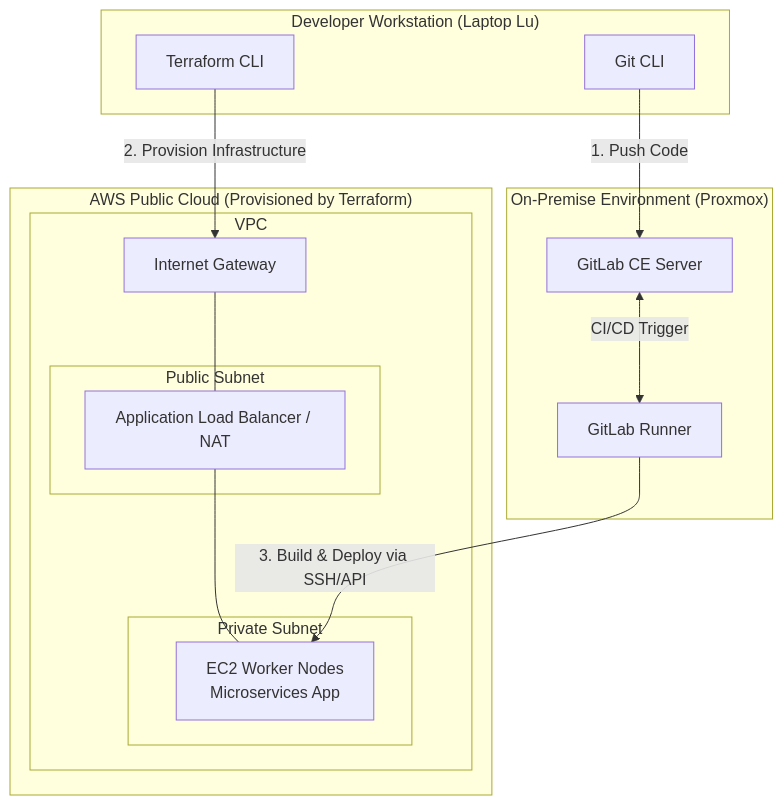
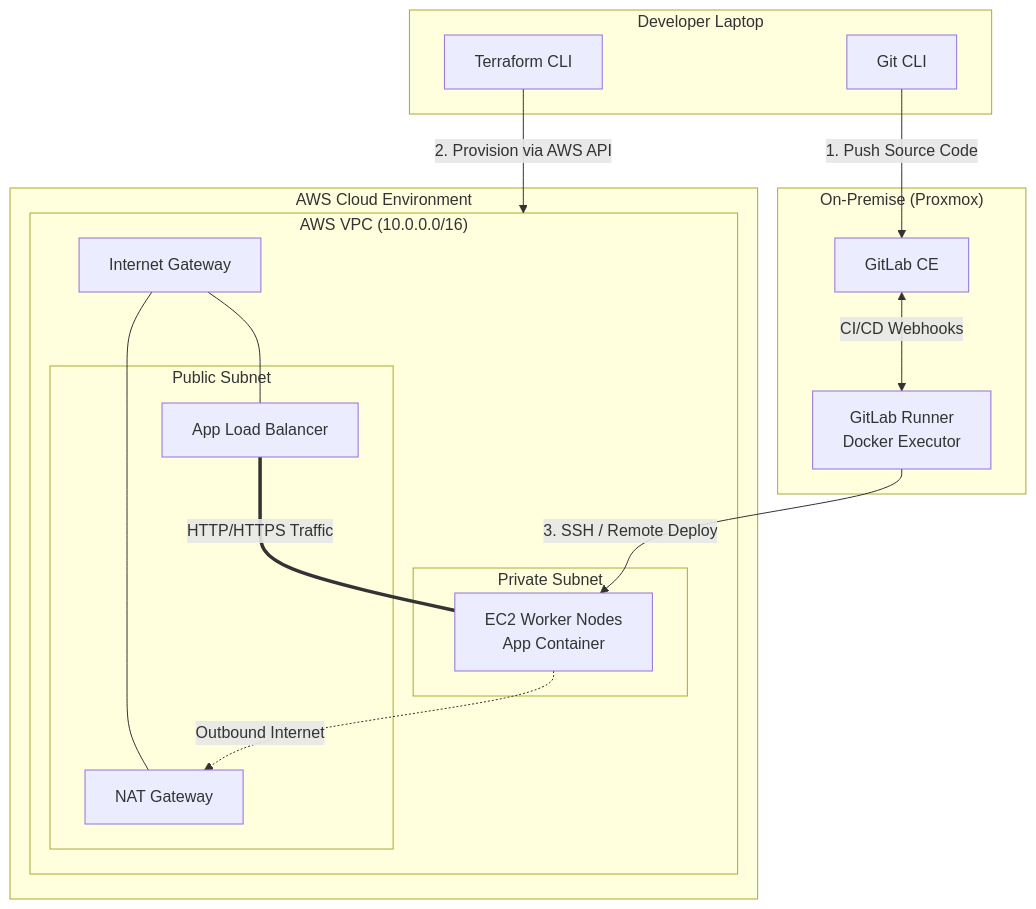
Before and after one commit to ades012/hybrid-cloud-infra: the diagram in README.md, drawn with Mermaid.

Commit message:
add diagram arc

````diff
--- a/README.md
+++ b/README.md
@@ -10,36 +10,38 @@
 ```mermaid
 graph TD
-    subgraph "Developer Workstation (Laptop Lu)"
+    subgraph Laptop ["Developer Laptop"]
         TF[Terraform CLI]
         GIT[Git CLI]
     end
 
-    subgraph "On-Premise Environment (Proxmox)"
-        GL[GitLab CE Server]
-        GR[GitLab Runner]
-        
-        GL <--> |CI/CD Trigger| GR
+    subgraph Proxmox ["On-Premise (Proxmox)"]
+        GL[GitLab CE]
+        GR[GitLab Runner<br/>Docker Executor]
+        GL <--> |CI/CD Webhooks| GR
     end
 
-    subgraph "AWS Public Cloud (Provisioned by Terraform)"
-        subgraph "VPC"
+    subgraph AWS ["AWS Cloud Environment"]
+        subgraph VPC ["AWS VPC (10.0.0.0/16)"]
             IGW[Internet Gateway]
             
-            subgraph "Public Subnet"
-                ALB[Application Load Balancer / NAT]
+            subgraph Public ["Public Subnet"]
+                ALB[App Load Balancer]
+                NAT[NAT Gateway]
             end
             
-            subgraph "Private Subnet"
-                EC2[EC2 Worker Nodes \n Microservices App]
+            subgraph Private ["Private Subnet"]
+                EC2[EC2 Worker Nodes<br/>App Container]
             end
             
             IGW --- ALB
-            ALB --- EC2
+            IGW --- NAT
+            ALB == "HTTP/HTTPS Traffic" === EC2
+            EC2 -. "Outbound Internet" .-> NAT
         end
     end
 
     %% Workflows
-    GIT -- "1. Push Code" --> GL
-    TF -- "2. Provision Infrastructure" --> IGW
-    GR -- "3. Build & Deploy via SSH/API" --> EC2
+    GIT -- "1. Push Source Code" --> GL
+    TF -- "2. Provision via AWS API" --> VPC
+    GR -- "3. SSH / Remote Deploy" --> EC2
 ```
````
